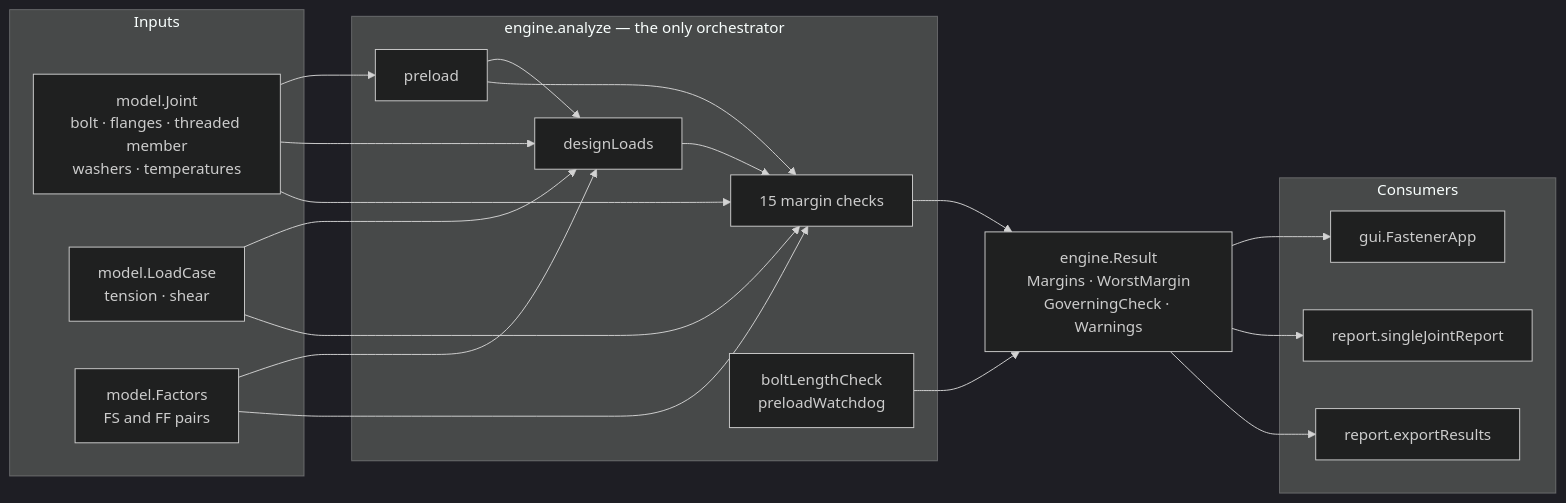
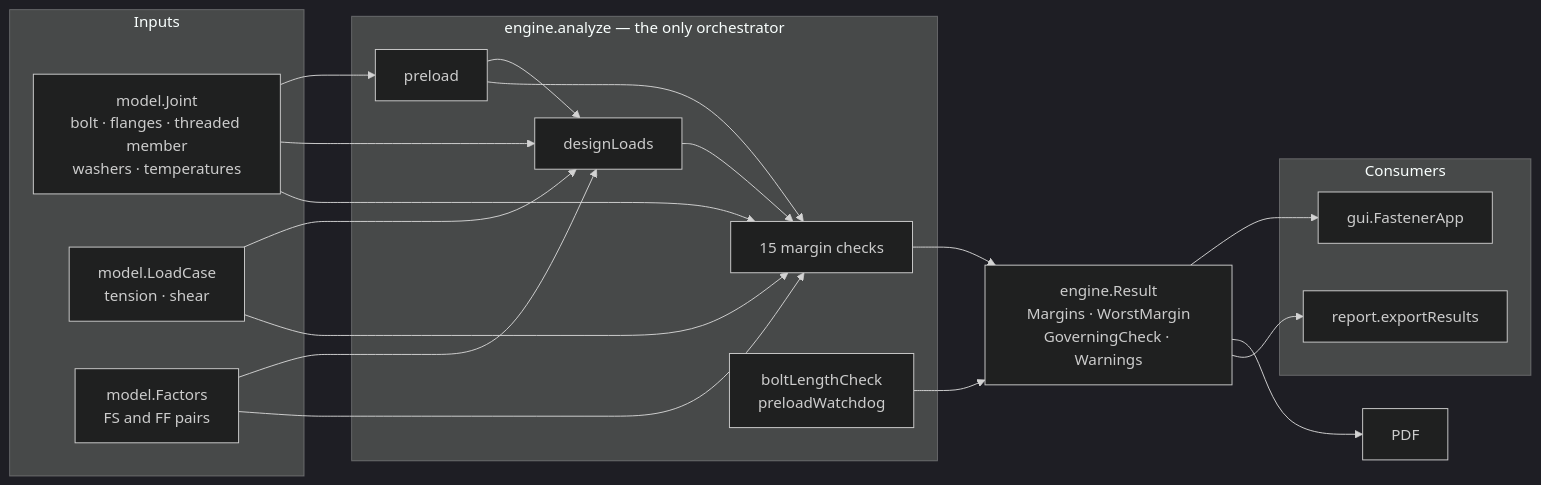
The first of 6 diagrams in ENGINE_FLOW.md (dbuddy25/fastener-matlab), drawn with Mermaid (dark theme) before and after one commit. The commit also changed 20 other files, not shown here.

Commit message:
Drop the single-joint PDF report: unused, and the only feature needing Report Generator; the Excel Detail sheet carries the equations

````diff
--- a/ENGINE_FLOW.md
+++ b/ENGINE_FLOW.md
@@ -13,33 +13,32 @@
 ```mermaid
 flowchart LR
     subgraph IN[" Inputs "]
         J[model.Joint<br/>bolt · flanges · threaded member<br/>washers · temperatures]
         LC[model.LoadCase<br/>tension · shear]
         F[model.Factors<br/>FS and FF pairs]
     end
 
     subgraph ENG[" engine.analyze — the only orchestrator "]
         P[preload]
         DL[designLoads]
         CHK[15 margin checks]
         AUX[boltLengthCheck<br/>preloadWatchdog]
     end
 
     R[engine.Result<br/>Margins · WorstMargin<br/>GoverningCheck · Warnings]
 
     subgraph OUT[" Consumers "]
         GUI[gui.FastenerApp]
-        PDF[report.singleJointReport]
         XL[report.exportResults]
     end
 
     J --> P & DL & CHK
     LC --> DL & CHK
     F --> DL & CHK
     P --> DL
     P --> CHK
     DL --> CHK
     CHK --> R
     AUX --> R
     R --> GUI & PDF & XL
 ```
````
